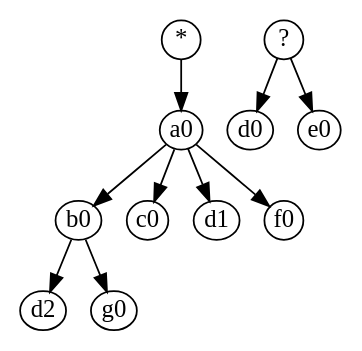
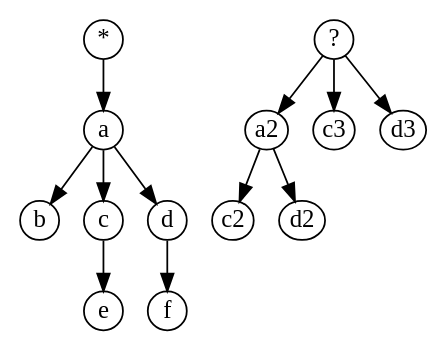
One commit to cceh/ntg changed the diagram in doc_src/local-stemma-example.dot. Above: the diagram before and after it, drawn with Graphviz. The commit also changed 48 other files, not shown here.

```diff
--- a/doc_src/local-stemma-example.dot
+++ b/doc_src/local-stemma-example.dot
@@ -1,129 +1,149 @@
 strict digraph G {
-	graph [bb="0,0,175,175",
+	graph [bb="0,0,220,175",
 		fontname="LiberationSans-Regular",
 		fontsize=10.5,
 		nodesep=0.2,
 		ordering=out,
 		rankdir=TB,
 		ranksep=0.4,
 		remincross=true,
 		size=11.85
 	];
 	node [height=0.3,
 		label="\N",
 		margin=0.005,
 		shape=ellipse,
 		width=0.3
 	];
 	edge [arrowhead=normal,
 		arrowtail=none,
 		labelangle=-15.0,
 		labeldistance=2.0
 	];
 	"*"	 [clique=0,
 		droptarget=1,
 		height=0.30556,
 		label="*",
 		labez="*",
 		labez_clique="*",
-		pos="83,164",
+		pos="47,164",
 		width=0.30556];
-	a0	 [clique=0,
+	a	 [clique=1,
 		draggable=1,
 		droptarget=1,
 		height=0.30556,
-		label=a0,
+		label=a,
 		labez=a,
-		labez_clique=a0,
-		pos="83,113",
+		labez_clique=a,
+		pos="47,113",
 		width=0.30556];
-	"*" -> a0	 [pos="e,83,124.04 83,152.61 83,147.21 83,140.42 83,134.05"];
+	"*" -> a	 [pos="e,47,124.04 47,152.61 47,147.21 47,140.42 47,134.05"];
 	"?"	 [clique=0,
 		droptarget=1,
 		height=0.30556,
 		label="?",
 		labez="?",
 		labez_clique="?",
-		pos="137,164",
+		pos="173,164",
 		width=0.30556];
-	d0	 [clique=0,
+	a2	 [clique=2,
 		draggable=1,
 		droptarget=1,
 		height=0.30556,
-		label=d0,
-		labez=d,
-		labez_clique=d0,
-		pos="128,113",
+		label=a2,
+		labez=a,
+		labez_clique=a2,
+		pos="137,113",
 		width=0.30556];
-	"?" -> d0	 [pos="e,129.82,123.9 135.18,153.08 134.18,147.64 132.9,140.68 131.7,134.15"];
-	e0	 [clique=0,
+	"?" -> a2	 [pos="e,143.2,122.44 166.73,154.46 161.93,147.93 155.16,138.71 149.29,130.72"];
+	c3	 [clique=3,
 		draggable=1,
 		droptarget=1,
 		height=0.30556,
-		label=e0,
-		labez=e,
-		labez_clique=e0,
-		pos="164,113",
+		label=c3,
+		labez=c,
+		labez_clique=c3,
+		pos="173,113",
 		width=0.30556];
-	"?" -> e0	 [pos="e,159.08,122.93 141.95,154.01 145.38,147.8 150.05,139.32 154.21,131.76"];
-	b0	 [clique=0,
+	"?" -> c3	 [pos="e,173,124.04 173,152.61 173,147.21 173,140.42 173,134.05"];
+	d3	 [clique=3,
 		draggable=1,
 		droptarget=1,
 		height=0.30556,
-		label=b0,
-		labez=b,
-		labez_clique=b0,
-		pos="29,62",
+		label=d3,
+		labez=d,
+		labez_clique=d3,
+		pos="209,113",
 		width=0.30556];
-	a0 -> b0	 [pos="e,36.651,69.943 75.032,104.77 66.964,97.449 54.283,85.942 44.272,76.858"];
-	c0	 [clique=0,
+	"?" -> d3	 [pos="e,202.8,122.44 179.27,154.46 184.07,147.93 190.84,138.71 196.71,130.72"];
+	b	 [clique=1,
 		draggable=1,
 		droptarget=1,
 		height=0.30556,
-		label=c0,
-		labez=c,
-		labez_clique=c0,
-		pos="65,62",
+		label=b,
+		labez=b,
+		labez_clique=b,
+		pos="11,62",
 		width=0.30556];
-	a0 -> c0	 [pos="e,68.583,72.754 79.529,102.55 77.415,96.797 74.637,89.233 72.076,82.263"];
-	d1	 [clique=1,
+	a -> b	 [pos="e,17.199,71.437 40.729,103.46 35.928,96.93 29.156,87.712 23.287,79.725"];
+	c	 [clique=1,
 		draggable=1,
 		droptarget=1,
 		height=0.30556,
-		label=d1,
-		labez=d,
-		labez_clique=d1,
-		pos="101,62",
+		label=c,
+		labez=c,
+		labez_clique=c,
+		pos="47,62",
 		width=0.30556];
-	a0 -> d1	 [pos="e,97.417,72.754 86.471,102.55 88.585,96.797 91.363,89.233 93.924,82.263"];
-	f0	 [clique=0,
+	a -> c	 [pos="e,47,73.042 47,101.61 47,96.209 47,89.424 47,83.053"];
+	d	 [clique=1,
 		draggable=1,
 		droptarget=1,
 		height=0.30556,
-		label=f0,
-		labez=f,
-		labez_clique=f0,
-		pos="137,62",
+		label=d,
+		labez=d,
+		labez_clique=d,
+		pos="83,62",
 		width=0.30556];
-	a0 -> f0	 [pos="e,129.35,69.943 90.968,104.77 99.036,97.449 111.72,85.942 121.73,76.858"];
+	a -> d	 [pos="e,76.801,71.437 53.271,103.46 58.072,96.93 64.844,87.712 70.713,79.725"];
+	c2	 [clique=2,
+		draggable=1,
+		droptarget=1,
+		height=0.30556,
+		label=c2,
+		labez=c,
+		labez_clique=c2,
+		pos="119,62",
+		width=0.30556];
+	a2 -> c2	 [pos="e,122.58,72.754 133.53,102.55 131.42,96.797 128.64,89.233 126.08,82.263"];
 	d2	 [clique=2,
 		draggable=1,
 		droptarget=1,
 		height=0.30556,
 		label=d2,
 		labez=d,
 		labez_clique=d2,
-		pos="11,11",
+		pos="155,62",
 		width=0.30556];
-	b0 -> d2	 [pos="e,14.583,21.754 25.529,51.552 23.415,45.797 20.637,38.233 18.076,31.263"];
-	g0	 [clique=0,
+	a2 -> d2	 [pos="e,151.42,72.754 140.47,102.55 142.58,96.797 145.36,89.233 147.92,82.263"];
+	e	 [clique=1,
 		draggable=1,
 		droptarget=1,
 		height=0.30556,
-		label=g0,
-		labez=g,
-		labez_clique=g0,
+		label=e,
+		labez=e,
+		labez_clique=e,
 		pos="47,11",
 		width=0.30556];
-	b0 -> g0	 [pos="e,43.417,21.754 32.471,51.552 34.585,45.797 37.363,38.233 39.924,31.263"];
+	c -> e	 [pos="e,47,22.042 47,50.608 47,45.209 47,38.424 47,32.053"];
+	f	 [clique=1,
+		draggable=1,
+		droptarget=1,
+		height=0.30556,
+		label=f,
+		labez=f,
+		labez_clique=f,
+		pos="83,11",
+		width=0.30556];
+	d -> f	 [pos="e,83,22.042 83,50.608 83,45.209 83,38.424 83,32.053"];
 }
```
